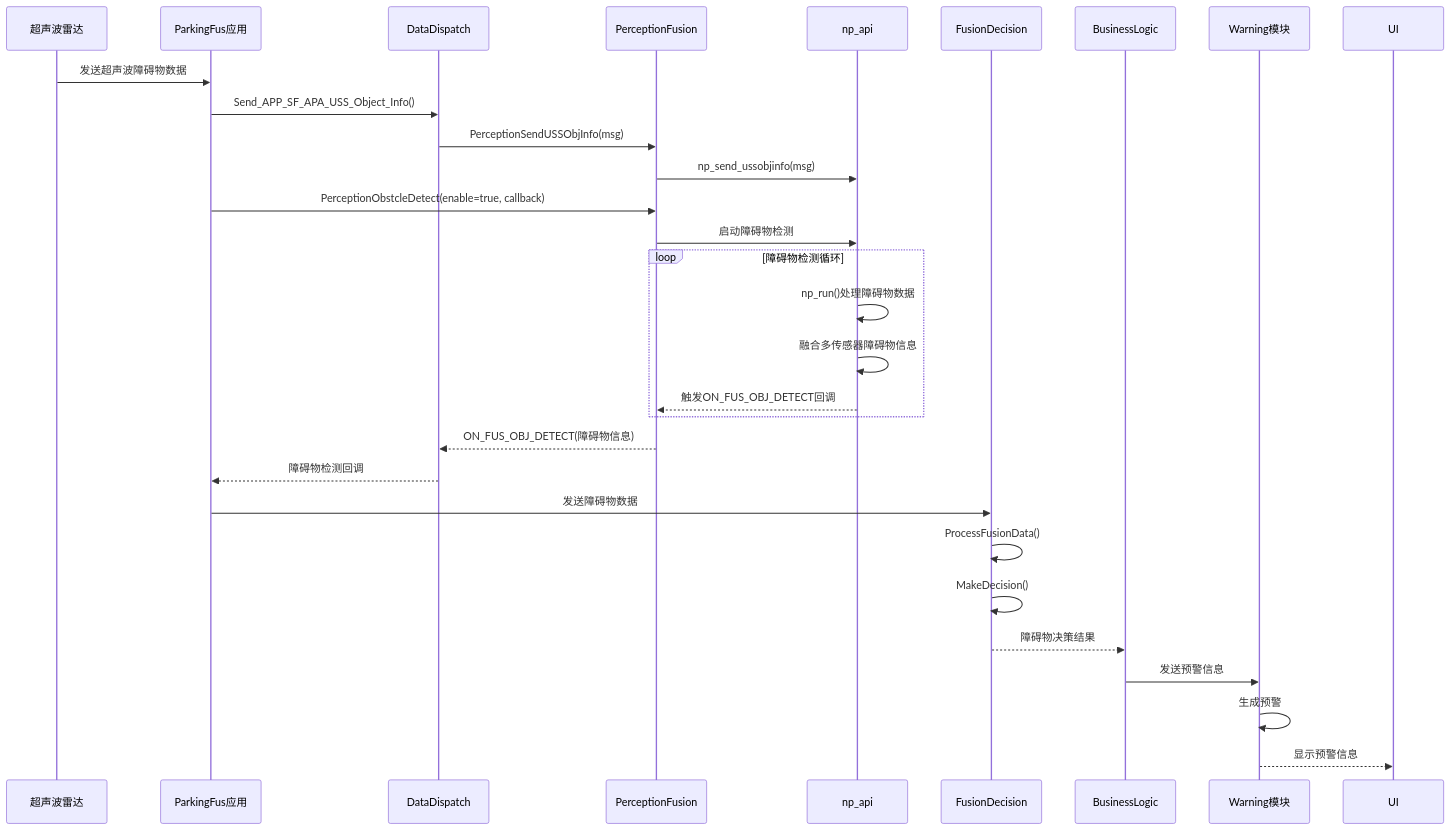
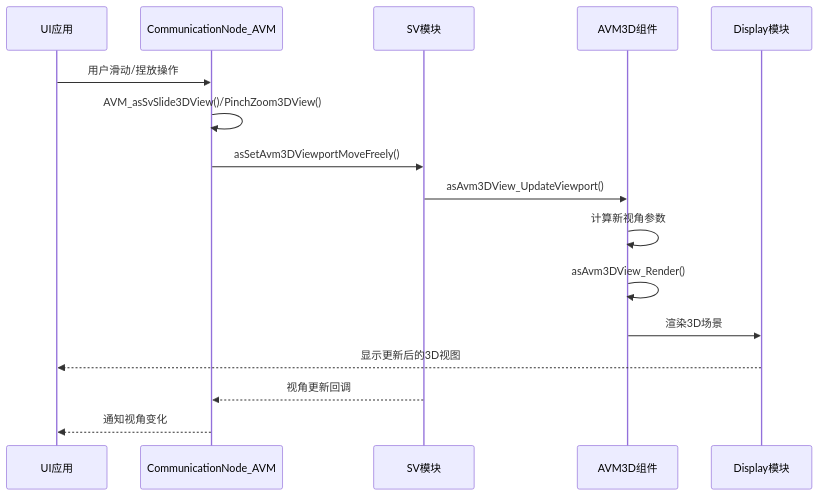
Before and after one commit to wangye311/AVM: the sixth of 9 diagrams in 项目架构图.md, drawn with Mermaid. The commit also changed other lines of this file, not shown here.

````diff
--- a/项目架构图.md
+++ b/项目架构图.md
@@ -637,37 +321,19 @@
 ```mermaid
 sequenceDiagram
-    participant USS as 超声波雷达
-    participant App as ParkingFus应用
-    participant Dispatch as DataDispatch
-    participant PF as PerceptionFusion
-    participant NP as np_api
-    participant FD as FusionDecision
-    participant BL as BusinessLogic
-    participant Warning as Warning模块
+    participant UI as UI应用
+    participant CN as CommunicationNode_AVM
+    participant SV as SV模块
+    participant AVM3D as AVM3D组件
+    participant Display as Display模块
     
-    USS->>App: 发送超声波障碍物数据
-    App->>Dispatch: Send_APP_SF_APA_USS_Object_Info()
-    Dispatch->>PF: PerceptionSendUSSObjInfo(msg)
-    PF->>NP: np_send_ussobjinfo(msg)
-    
-    App->>PF: PerceptionObstcleDetect(enable=true, callback)
-    PF->>NP: 启动障碍物检测
-    
-    loop 障碍物检测循环
-        NP->>NP: np_run()处理障碍物数据
-        NP->>NP: 融合多传感器障碍物信息
-        NP-->>PF: 触发ON_FUS_OBJ_DETECT回调
-    end
-    
-    PF-->>Dispatch: ON_FUS_OBJ_DETECT(障碍物信息)
-    Dispatch-->>App: 障碍物检测回调
-    
-    App->>FD: 发送障碍物数据
-    FD->>FD: ProcessFusionData()
-    FD->>FD: MakeDecision()
-    FD-->>BL: 障碍物决策结果
-    
-    BL->>Warning: 发送预警信息
-    Warning->>Warning: 生成预警
-    Warning-->>UI: 显示预警信息
+    UI->>CN: 用户滑动/捏放操作
+    CN->>CN: AVM_asSvSlide3DView()/PinchZoom3DView()
+    CN->>SV: asSetAvm3DViewportMoveFreely()
+    SV->>AVM3D: asAvm3DView_UpdateViewport()
+    AVM3D->>AVM3D: 计算新视角参数
+    AVM3D->>AVM3D: asAvm3DView_Render()
+    AVM3D->>Display: 渲染3D场景
+    Display-->>UI: 显示更新后的3D视图
+    SV-->>CN: 视角更新回调
+    CN-->>UI: 通知视角变化
 ```
````
